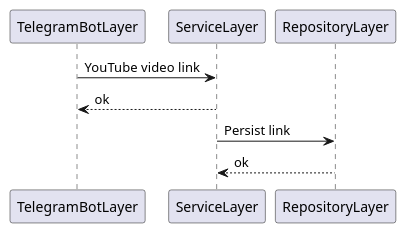
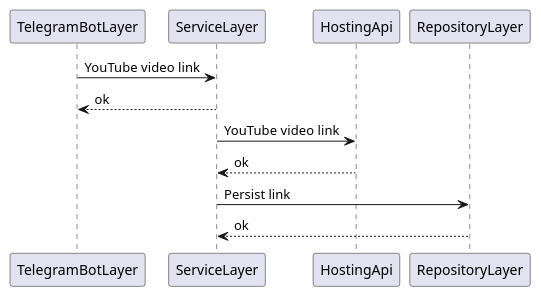
Before and after one commit to dfedorino/statflux: the diagram in src/main/resources/architecture.puml, drawn with PlantUML. The commit also changed 1 other file, not shown here.

Commit message:
add integration layer

```diff
--- a/src/main/resources/architecture.puml
+++ b/src/main/resources/architecture.puml
@@ -1,6 +1,8 @@
 @startuml
 TelegramBotLayer->ServiceLayer : YouTube video link
+return ok
+ServiceLayer->HostingApi : YouTube video link
 return ok
 ServiceLayer->RepositoryLayer : Persist link
 return ok
 @enduml
```
